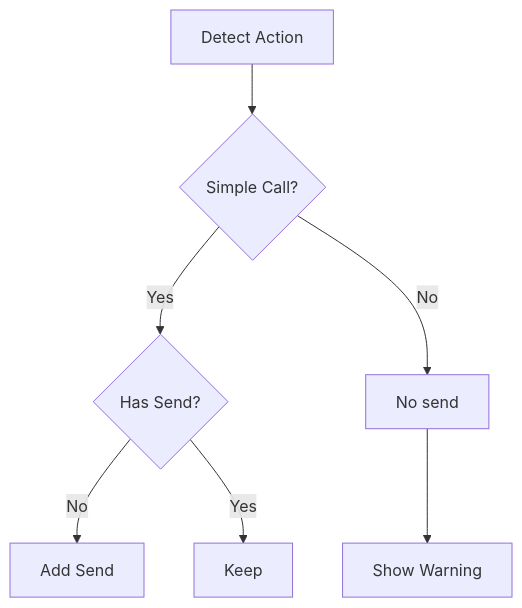
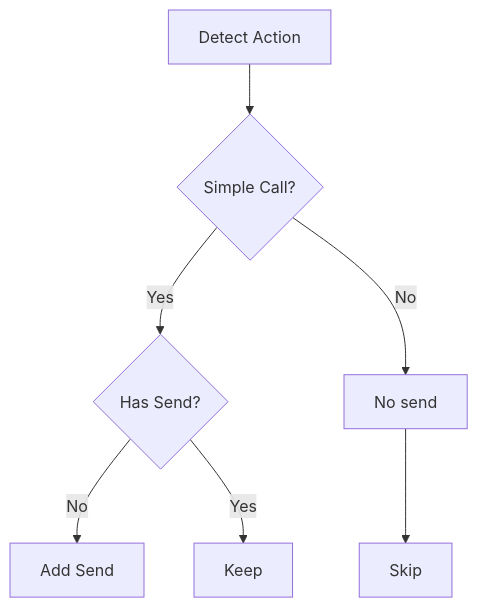
Before and after one commit to ktgram/ktgram.github.io: the diagram in docs/Aide.md, drawn with Mermaid. The commit also changed other lines of this file and 1 other file, not shown here.

````diff
--- a/docs/Aide.md
+++ b/docs/Aide.md
@@ -86,9 +72,9 @@
 ```mermaid
 graph TD
     A[Detect Action] --> B{Simple Call?}
     B -->|Yes| C{Has Send?}
     B -->|No| D[No send]
     C -->|No| E[Add Send]
     C -->|Yes| F[Keep]
-    D --> G[Show Warning]
+    D --> G[Skip]
 ```
````
